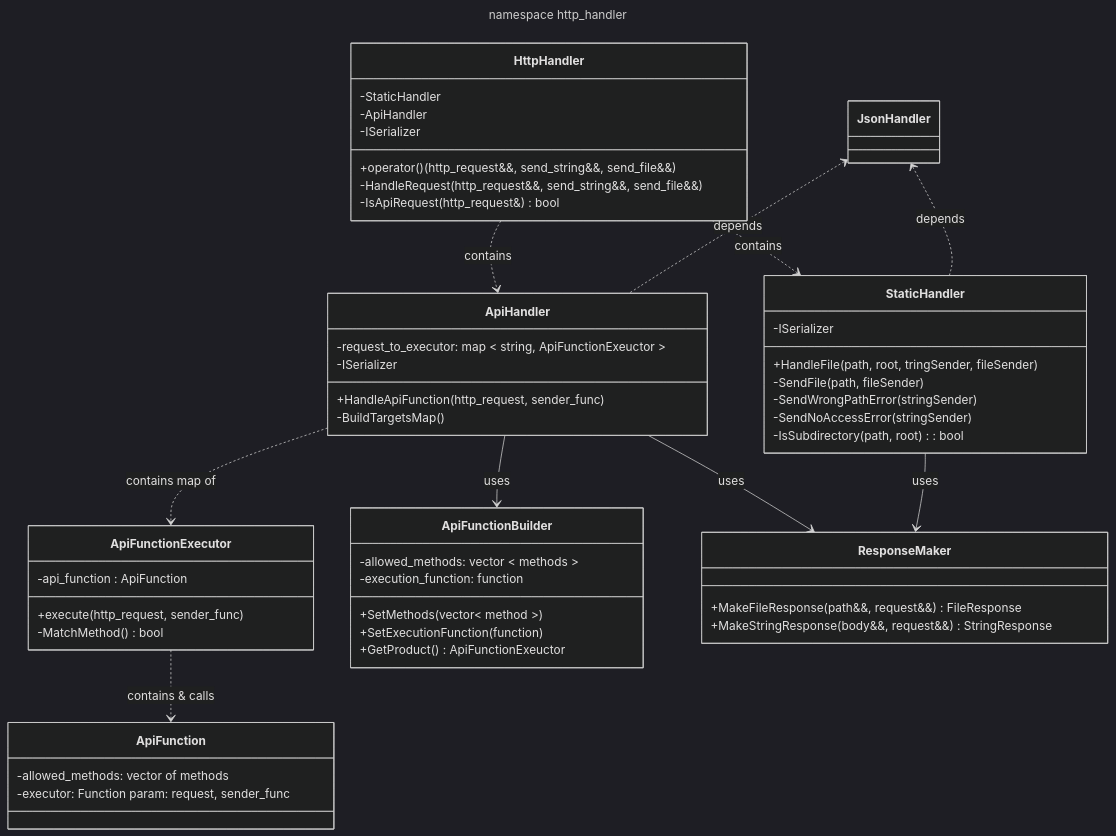
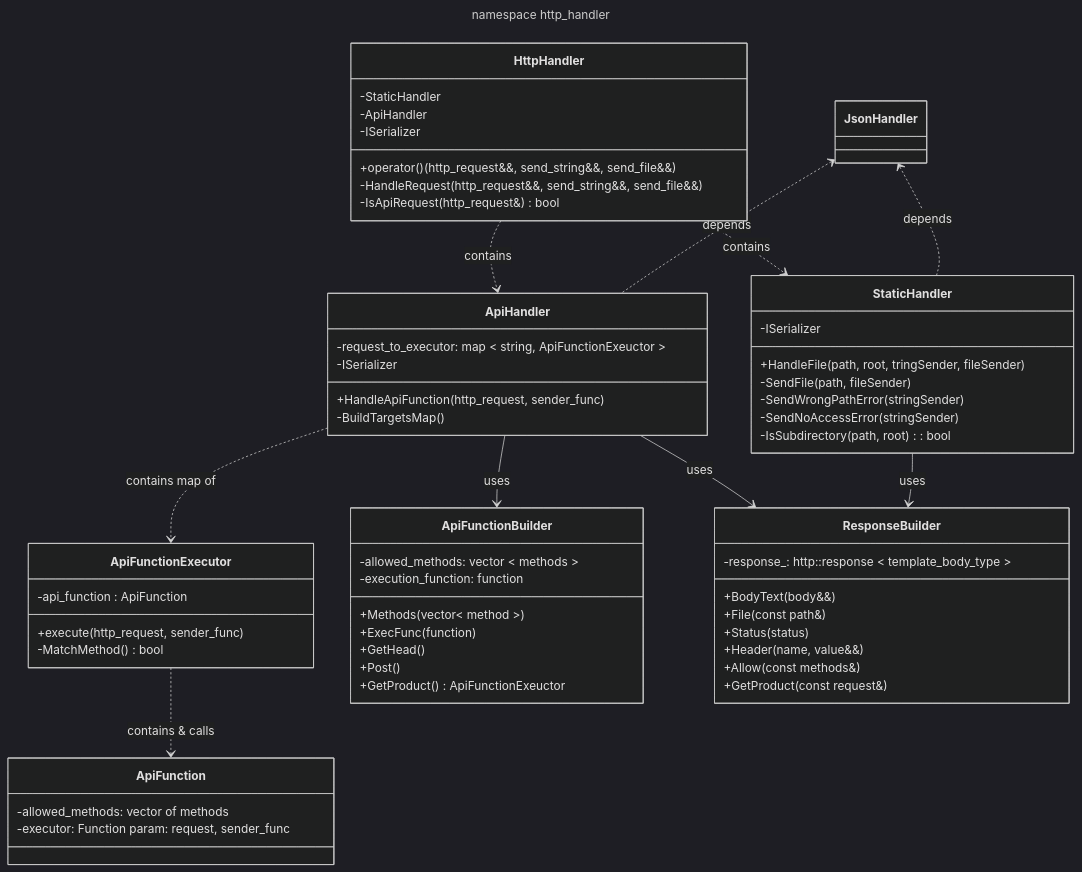
One commit to LeeDoor/game_webserver changed the diagram in docs/http_handler.md. Above: the diagram before and after it, drawn with Mermaid (dark theme). The commit also changed 1 other file, not shown here.

Commit message:
docs_comments

````diff
--- a/docs/http_handler.md
+++ b/docs/http_handler.md
@@ -18,70 +18,78 @@
 ```mermaid
 ---
 title: namespace http_handler
 ---
 classDiagram
     class HttpHandler {
         +operator() (http_request&&, send_string&&, send_file&&)
         -HandleRequest(http_request&&, send_string&&, send_file&&)
         -IsApiRequest(http_request&) bool
 
         -StaticHandler
         -ApiHandler
         -ISerializer
     }
 
     class ApiHandler {
         +HandleApiFunction(http_request, sender_func)
         -request_to_executor: map < string, ApiFunctionExeuctor >
         -BuildTargetsMap()
 
         -ISerializer
     }
 
     class StaticHandler {
         +HandleFile(path, root, tringSender, fileSender)
         -SendFile(path, fileSender)
         -SendWrongPathError(stringSender)
         -SendNoAccessError(stringSender)
         -IsSubdirectory(path, root): bool
 
         -ISerializer
         
     }
 
     class ApiFunction {
         -allowed_methods: vector of methods
         -executor: Function param: request, sender_func
     }
 
     class ApiFunctionExecutor {
         +execute(http_request, sender_func)
         -MatchMethod() bool
         -api_function : ApiFunction
     }
 
     class ApiFunctionBuilder {
-        +SetMethods(vector< method >)
-        +SetExecutionFunction(function)
+        +Methods(vector< method >)
+        +ExecFunc(function)
+        +GetHead()
+        +Post()
         +GetProduct() ApiFunctionExeuctor
 
         -allowed_methods: vector < methods >
         -execution_function: function
     }
 
-    class ResponseMaker {
-        +MakeFileResponse(path&&, request&&) FileResponse
-        +MakeStringResponse(body&&, request&&) StringResponse
+    class ResponseBuilder {
+        +BodyText(body&&)
+        +File(const path&)
+        +Status(status)
+        +Header(name, value&&)
+        +Allow(const methods&)
+        +GetProduct(const request&)
+
+        -response_: http::response < template_body_type >
     }
 
     class JsonHandler 
-    ApiHandler --> ResponseMaker : uses
-    StaticHandler --> ResponseMaker : uses
+    ApiHandler --> ResponseBuilder : uses
+    StaticHandler --> ResponseBuilder : uses
     HttpHandler ..> ApiHandler : contains
     HttpHandler ..> StaticHandler : contains
     JsonHandler <.. ApiHandler : depends
     JsonHandler <.. StaticHandler :depends
     ApiHandler ..> ApiFunctionExecutor : contains map of
     ApiHandler --> ApiFunctionBuilder : uses
     ApiFunctionExecutor ..> ApiFunction : contains & calls
 ```
````
